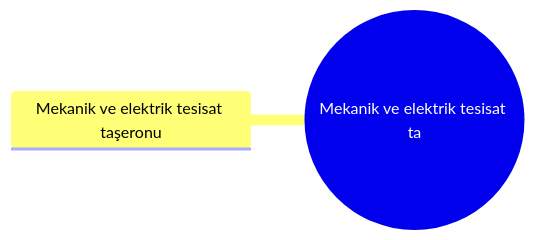
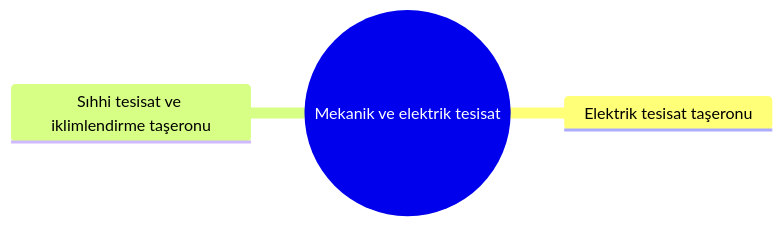
One commit to sametkarabulut-dev/xfuturepos-v2 changed the diagram in 02 İşletmeler/10 İnşaat & Yapı/Mekanik ve elektrik tesisat taşeronu/Dal – Mekanik ve elektrik tesisat taşeronu.md. Above: the diagram before and after it, drawn with Mermaid. The commit also changed other lines of this file and 241 other files, not shown here.

````diff
--- a/02 İşletmeler/10 İnşaat & Yapı/Mekanik ve elektrik tesisat taşeronu/Dal – Mekanik ve elektrik tesisat taşeronu.md
+++ b/02 İşletmeler/10 İnşaat & Yapı/Mekanik ve elektrik tesisat taşeronu/Dal – Mekanik ve elektrik tesisat taşeronu.md
@@ -22,5 +23,6 @@
 ```mermaid
 mindmap
-  root((Mekanik ve elektrik tesisat ta))
-    Mekanik ve elektrik tesisat taşeronu
+  root((Mekanik ve elektrik tesisat ))
+    Elektrik tesisat taşeronu
+    Sıhhi tesisat ve iklimlendirme taşeronu
 ```
````
